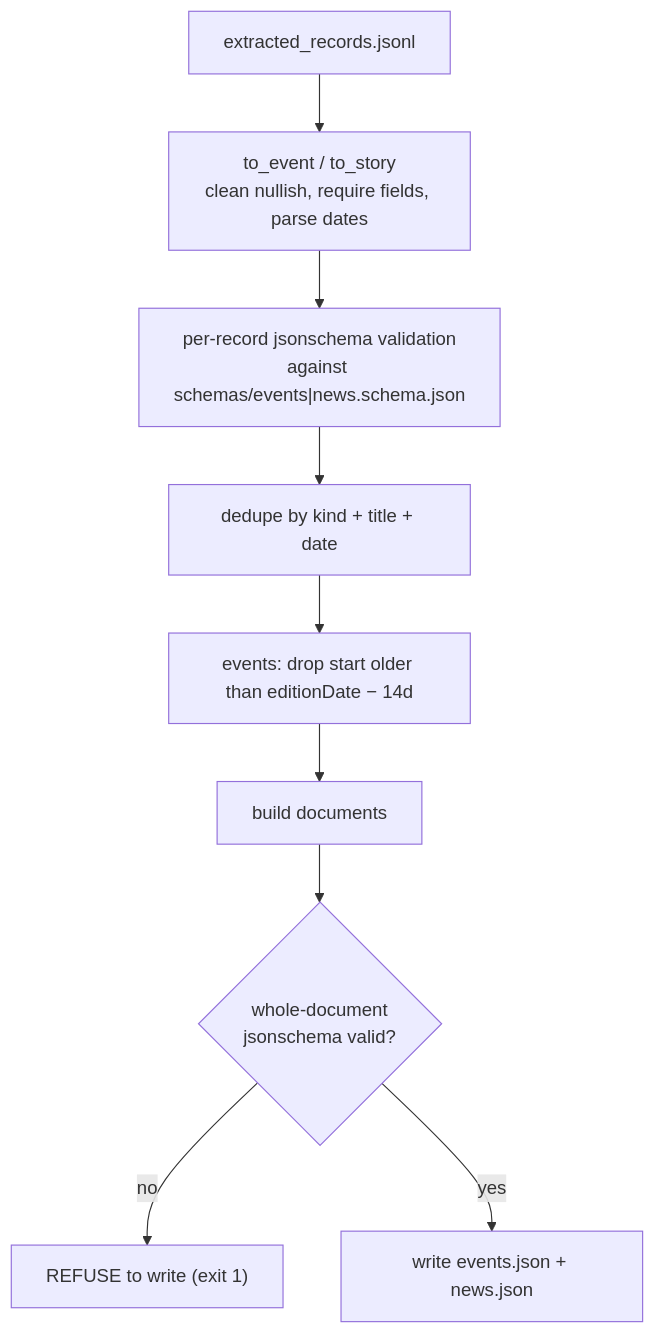
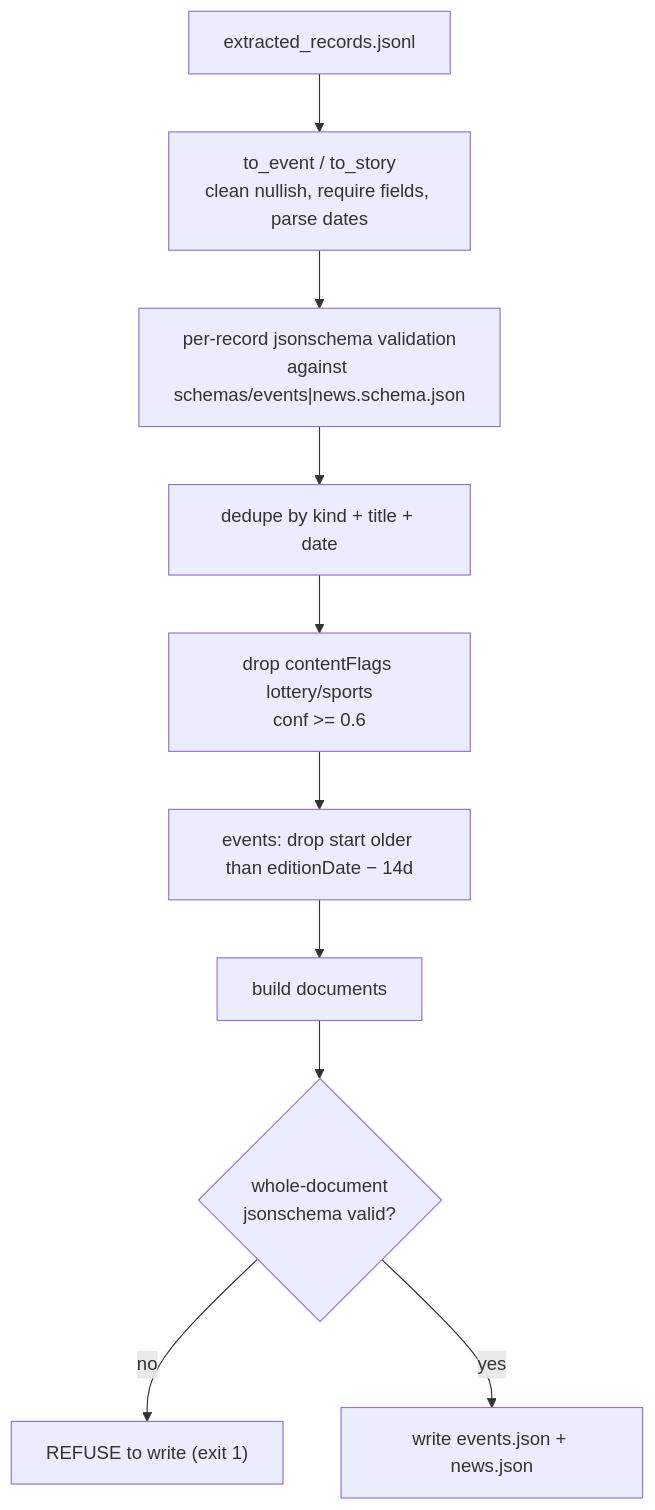
Before and after one commit to phurley/daily-brief: the fifth of 7 diagrams in data-collect/DATAFLOW.md, drawn with Mermaid. The commit also changed other lines of this file and 10 other files, not shown here.

First line of the commit message:
Publish Jev scoring breakdown; drop lottery/sports at publish

````diff
--- a/data-collect/DATAFLOW.md
+++ b/data-collect/DATAFLOW.md
@@ -228,11 +229,12 @@
 ```mermaid
 flowchart TD
     R["extracted_records.jsonl"] --> NORM["to_event / to_story<br/>clean nullish, require fields, parse dates"]
     NORM --> SCHEMA["per-record jsonschema validation<br/>against schemas/events|news.schema.json"]
     SCHEMA --> DEDUP["dedupe by kind + title + date"]
-    DEDUP --> CUT["events: drop start older than editionDate − 14d"]
+    DEDUP --> FLAGS["drop contentFlags lottery/sports<br/>conf >= 0.6"]
+    FLAGS --> CUT["events: drop start older than editionDate − 14d"]
     CUT --> DOC["build documents"]
     DOC --> VALID{"whole-document<br/>jsonschema valid?"}
     VALID -->|no| REFUSE["REFUSE to write (exit 1)"]
     VALID -->|yes| WRITE["write events.json + news.json"]
 ```
````
